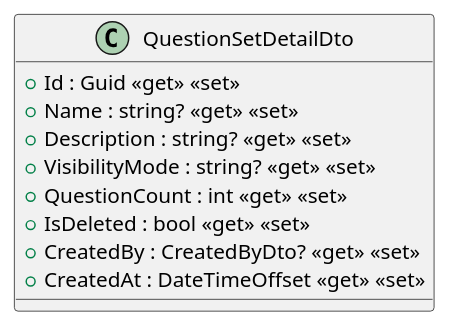
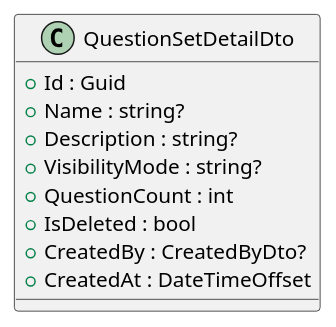
Before and after one commit to thanhkhac/AIQuizzizz-Backend: the diagram in document/questionset/Dtos/QuestionSetDetailDto.puml, drawn with PlantUML. The commit also changed 12 other files, not shown here.

First line of the commit message:
Refactor PlantUML class diagrams for consistency

```diff
--- a/document/questionset/Dtos/QuestionSetDetailDto.puml
+++ b/document/questionset/Dtos/QuestionSetDetailDto.puml
@@ -1,12 +1,12 @@
 @startuml
 class QuestionSetDetailDto {
-    + Id : Guid <<get>> <<set>>
-    + Name : string? <<get>> <<set>>
-    + Description : string? <<get>> <<set>>
-    + VisibilityMode : string? <<get>> <<set>>
-    + QuestionCount : int <<get>> <<set>>
-    + IsDeleted : bool <<get>> <<set>>
-    + CreatedBy : CreatedByDto? <<get>> <<set>>
-    + CreatedAt : DateTimeOffset <<get>> <<set>>
+    + Id : Guid 
+    + Name : string? 
+    + Description : string? 
+    + VisibilityMode : string? 
+    + QuestionCount : int 
+    + IsDeleted : bool 
+    + CreatedBy : CreatedByDto? 
+    + CreatedAt : DateTimeOffset 
 }
 @enduml
```
